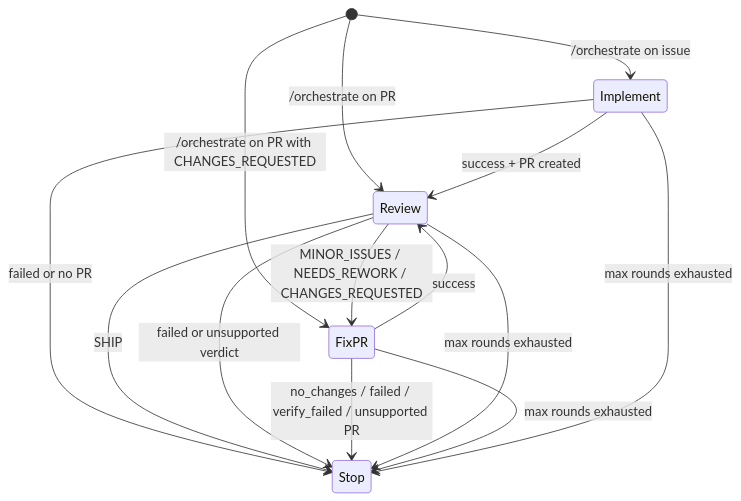
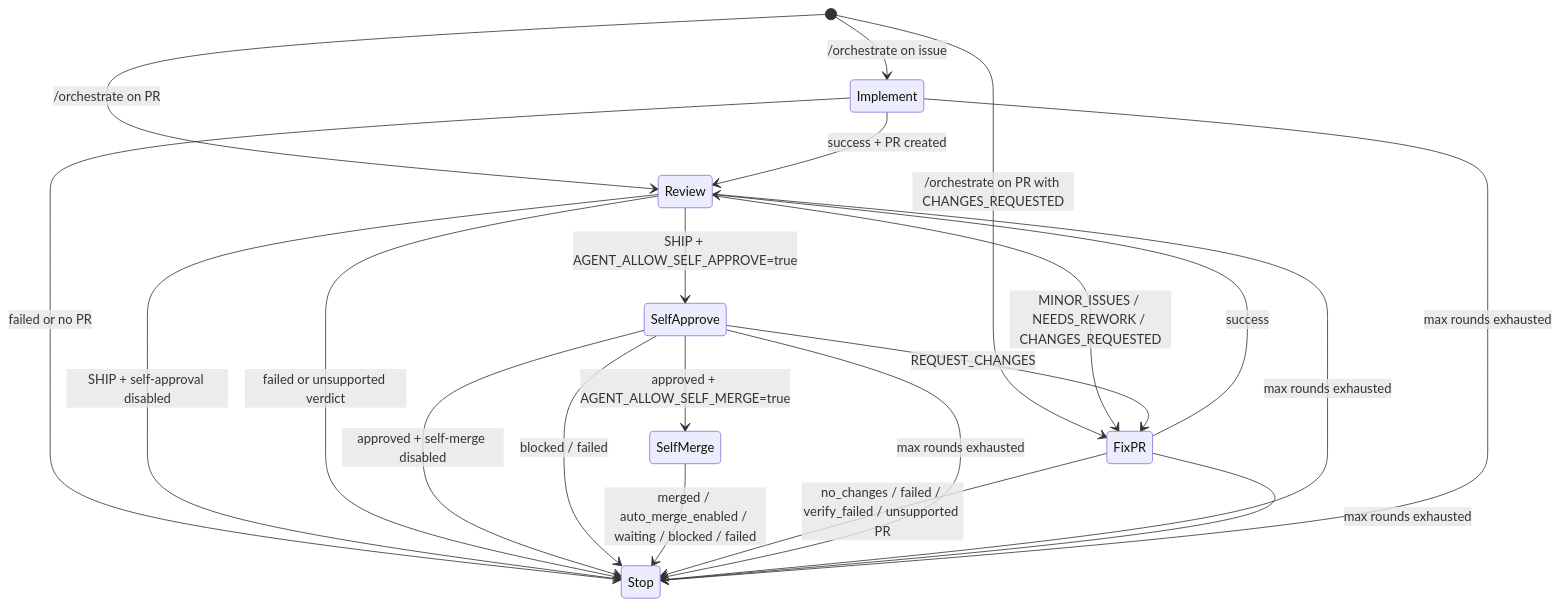
One commit to self-evolving/repo changed the diagram in .agent/docs/technical-details/agent-orchestrator.md. Above: the diagram before and after it, drawn with Mermaid. The commit also changed other lines of this file and 54 other files, not shown here.

Commit message:
Simplify self-merge draft and base handling

````diff
--- a/.agent/docs/technical-details/agent-orchestrator.md
+++ b/.agent/docs/technical-details/agent-orchestrator.md
@@ -18,20 +18,28 @@
 ```mermaid
 stateDiagram-v2
     [*] --> Implement: /orchestrate on issue
     [*] --> Review: /orchestrate on PR
     [*] --> FixPR: /orchestrate on PR with CHANGES_REQUESTED
 
     Implement --> Review: success + PR created
     Implement --> Stop: failed or no PR
 
+    Review --> SelfApprove: SHIP + AGENT_ALLOW_SELF_APPROVE=true
     Review --> FixPR: MINOR_ISSUES / NEEDS_REWORK / CHANGES_REQUESTED
-    Review --> Stop: SHIP
+    Review --> Stop: SHIP + self-approval disabled
     Review --> Stop: failed or unsupported verdict
+
+    SelfApprove --> FixPR: REQUEST_CHANGES
+    SelfApprove --> SelfMerge: approved + AGENT_ALLOW_SELF_MERGE=true
+    SelfApprove --> Stop: approved + self-merge disabled
+    SelfApprove --> Stop: blocked / failed
+    SelfMerge --> Stop: merged / auto_merge_enabled / waiting / blocked / failed
 
     FixPR --> Review: success
     FixPR --> Stop: no_changes / failed / verify_failed / unsupported PR
 
+    SelfApprove --> Stop: max rounds exhausted
     Review --> Stop: max rounds exhausted
     FixPR --> Stop: max rounds exhausted
     Implement --> Stop: max rounds exhausted
 ```
````
